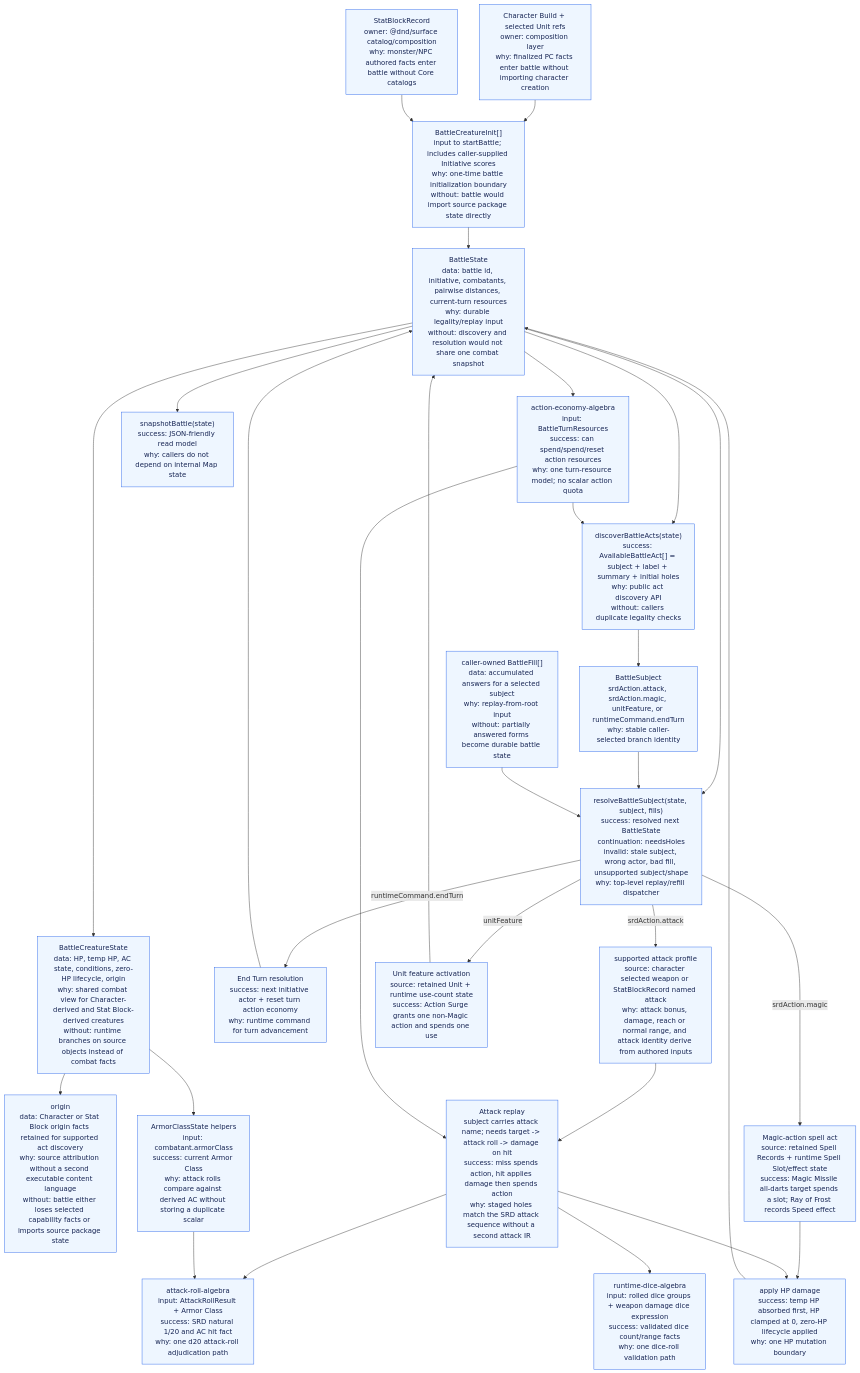
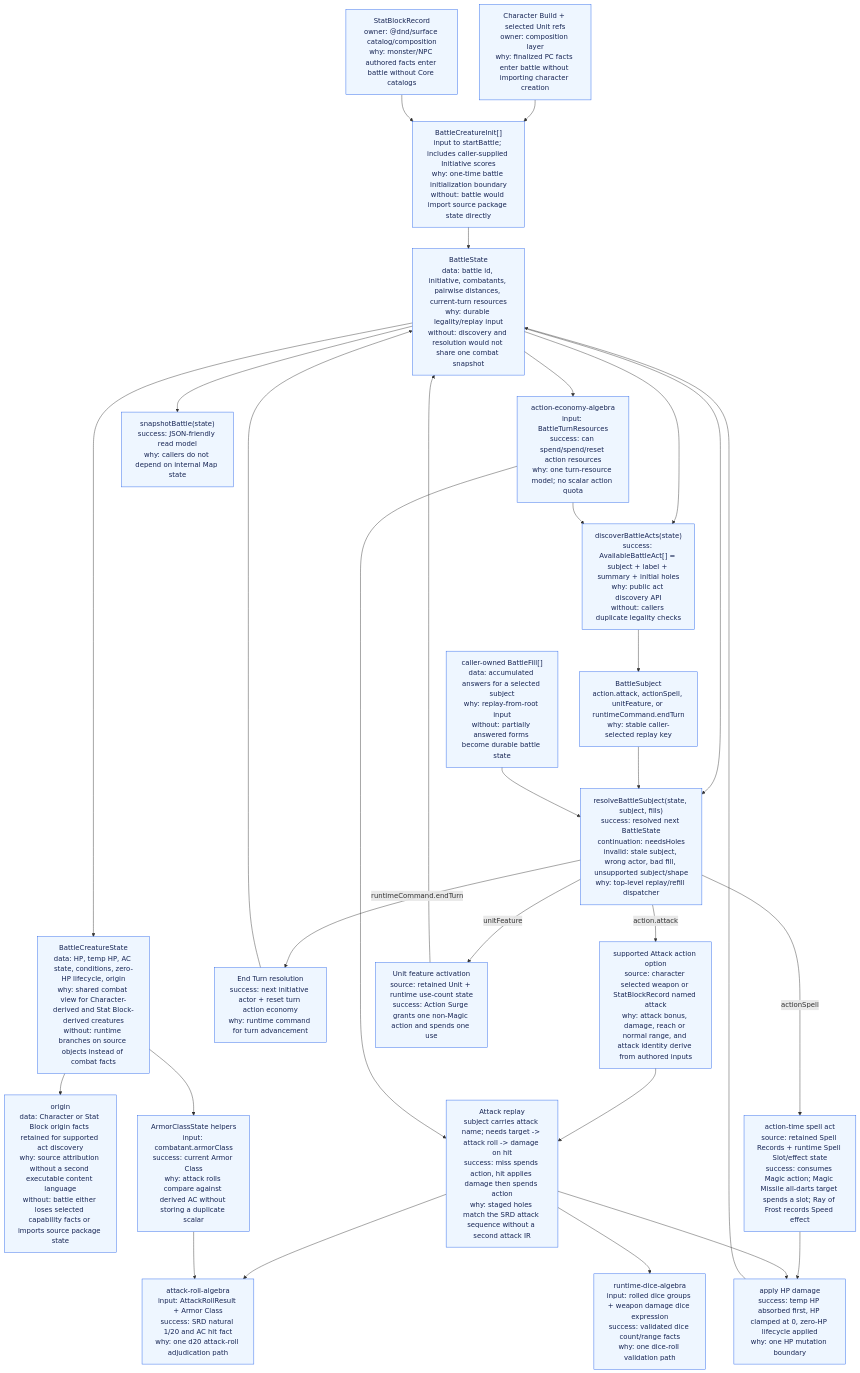
One commit to dearlordylord/5e-quint changed the first of 2 diagrams in packages/battle-runtime/ARCHITECTURE_GRAPH.md. Above: the diagram before and after it, drawn with Mermaid. The commit also changed other lines of this file and 13 other files, not shown here.

Commit message:
Clarify battle subject action taxonomy

````diff
--- a/packages/battle-runtime/ARCHITECTURE_GRAPH.md
+++ b/packages/battle-runtime/ARCHITECTURE_GRAPH.md
@@ -13,49 +13,49 @@
 ```mermaid
 flowchart TD
   CharacterBuild["Character Build + selected Unit refs<br/>owner: composition layer<br/>why: finalized PC facts enter battle without importing character creation"]
   StatBlock["StatBlockRecord<br/>owner: @dnd/surface catalog/composition<br/>why: monster/NPC authored facts enter battle without Core catalogs"]
   Init["BattleCreatureInit[]<br/>input to startBattle; includes caller-supplied Initiative scores<br/>why: one-time battle initialization boundary<br/>without: battle would import source package state directly"]
   State["BattleState<br/>data: battle id, initiative, combatants, pairwise distances, current-turn resources<br/>why: durable legality/replay input<br/>without: discovery and resolution would not share one combat snapshot"]
   Creature["BattleCreatureState<br/>data: HP, temp HP, AC state, conditions, zero-HP lifecycle, origin<br/>why: shared combat view for Character-derived and Stat Block-derived creatures<br/>without: runtime branches on source objects instead of combat facts"]
   Origin["origin<br/>data: Character or Stat Block origin facts retained for supported act discovery<br/>why: source attribution without a second executable content language<br/>without: battle either loses selected capability facts or imports source package state"]
   ArmorClass["ArmorClassState helpers<br/>input: combatant.armorClass<br/>success: current Armor Class<br/>why: attack rolls compare against derived AC without storing a duplicate scalar"]
   ActionEconomy["action-economy-algebra<br/>input: BattleTurnResources<br/>success: can spend/spend/reset action resources<br/>why: one turn-resource model; no scalar action quota"]
   AttackRoll["attack-roll-algebra<br/>input: AttackRollResult + Armor Class<br/>success: SRD natural 1/20 and AC hit fact<br/>why: one d20 attack-roll adjudication path"]
   RuntimeDice["runtime-dice-algebra<br/>input: rolled dice groups + weapon damage dice expression<br/>success: validated dice count/range facts<br/>why: one dice-roll validation path"]
   Discover["discoverBattleActs(state)<br/>success: AvailableBattleAct[] = subject + label + summary + initial holes<br/>why: public act discovery API<br/>without: callers duplicate legality checks"]
-  Subject["BattleSubject<br/>srdAction.attack, srdAction.magic, unitFeature, or runtimeCommand.endTurn<br/>why: stable caller-selected branch identity"]
+  Subject["BattleSubject<br/>action.attack, actionSpell, unitFeature, or runtimeCommand.endTurn<br/>why: stable caller-selected replay key"]
   FillSession["caller-owned BattleFill[]<br/>data: accumulated answers for a selected subject<br/>why: replay-from-root input<br/>without: partially answered forms become durable battle state"]
   Resolve["resolveBattleSubject(state, subject, fills)<br/>success: resolved next BattleState<br/>continuation: needsHoles<br/>invalid: stale subject, wrong actor, bad fill, unsupported subject/shape<br/>why: top-level replay/refill dispatcher"]
   EndTurn["End Turn resolution<br/>success: next initiative actor + reset turn action economy<br/>why: runtime command for turn advancement"]
-  AttackProfile["supported attack profile<br/>source: character selected weapon or StatBlockRecord named attack<br/>why: attack bonus, damage, reach or normal range, and attack identity derive from authored inputs"]
+  AttackOption["supported Attack action option<br/>source: character selected weapon or StatBlockRecord named attack<br/>why: attack bonus, damage, reach or normal range, and attack identity derive from authored inputs"]
   UnitFeature["Unit feature activation<br/>source: retained Unit + runtime use-count state<br/>success: Action Surge grants one non-Magic action and spends one use"]
-  SpellAct["Magic-action spell act<br/>source: retained Spell Records + runtime Spell Slot/effect state<br/>success: Magic Missile all-darts target spends a slot; Ray of Frost records Speed effect"]
+  SpellAct["action-time spell act<br/>source: retained Spell Records + runtime Spell Slot/effect state<br/>success: consumes Magic action; Magic Missile all-darts target spends a slot; Ray of Frost records Speed effect"]
   AttackReplay["Attack replay<br/>subject carries attack name; needs target -> attack roll -> damage on hit<br/>success: miss spends action, hit applies damage then spends action<br/>why: staged holes match the SRD attack sequence without a second attack IR"]
   Damage["apply HP damage<br/>success: temp HP absorbed first, HP clamped at 0, zero-HP lifecycle applied<br/>why: one HP mutation boundary"]
   Snapshot["snapshotBattle(state)<br/>success: JSON-friendly read model<br/>why: callers do not depend on internal Map state"]
 
   CharacterBuild --> Init
   StatBlock --> Init
   Init --> State --> Creature
   Creature --> Origin
   Creature --> ArmorClass
   State --> ActionEconomy
   State --> Discover --> Subject
   State --> Snapshot
   State --> Resolve
   Subject --> Resolve
   FillSession --> Resolve
   Resolve -->|runtimeCommand.endTurn| EndTurn --> State
-  Resolve -->|srdAction.attack| AttackProfile --> AttackReplay
+  Resolve -->|action.attack| AttackOption --> AttackReplay
   Resolve -->|unitFeature| UnitFeature --> State
-  Resolve -->|srdAction.magic| SpellAct --> Damage
+  Resolve -->|actionSpell| SpellAct --> Damage
   AttackReplay --> AttackRoll
   AttackReplay --> RuntimeDice
   AttackReplay --> Damage --> State
   ArmorClass --> AttackRoll
   ActionEconomy --> Discover
   ActionEconomy --> AttackReplay
 
   classDef implemented fill:#eef6ff,stroke:#2563eb,color:#172554;
-  class CharacterBuild,StatBlock,Init,State,Creature,Origin,ArmorClass,ActionEconomy,AttackRoll,RuntimeDice,Discover,Subject,FillSession,Resolve,EndTurn,AttackProfile,AttackReplay,UnitFeature,SpellAct,Damage,Snapshot implemented;
+  class CharacterBuild,StatBlock,Init,State,Creature,Origin,ArmorClass,ActionEconomy,AttackRoll,RuntimeDice,Discover,Subject,FillSession,Resolve,EndTurn,AttackOption,AttackReplay,UnitFeature,SpellAct,Damage,Snapshot implemented;
 ```
````
